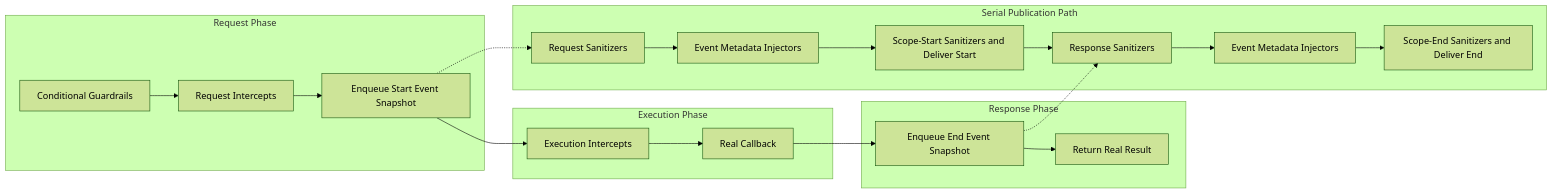
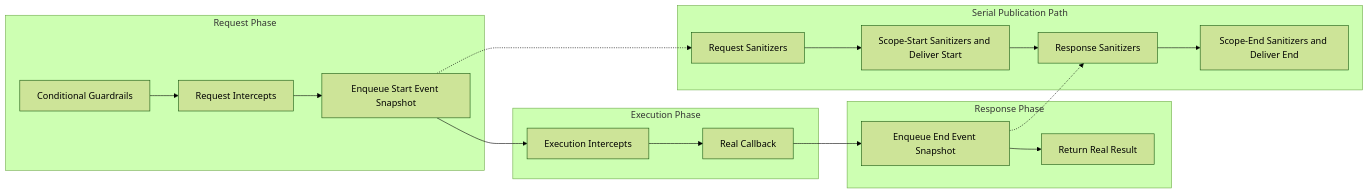
The first of 3 diagrams in docs/about-nemo-relay/concepts/middleware.mdx (NVIDIA/NeMo-Relay), drawn with Mermaid (forest theme) before and after one commit. The commit also changed other lines of this file, not shown here.

Commit message:
chore: move Event metadata documentation to follow-up

````diff
--- a/docs/about-nemo-relay/concepts/middleware.mdx
+++ b/docs/about-nemo-relay/concepts/middleware.mdx
@@ -312,38 +250,35 @@
 ```mermaid
 flowchart LR
     subgraph RequestPhase[Request Phase]
         Conditional[Conditional Guardrails]
         RequestIntercepts[Request Intercepts]
         QueueStart[Enqueue Start Event Snapshot]
         Conditional --> RequestIntercepts --> QueueStart
     end
 
     subgraph ExecutionPhase[Execution Phase]
         ExecutionIntercepts[Execution Intercepts]
         Callback[Real Callback]
         ExecutionIntercepts --> Callback
     end
 
     subgraph ResponsePhase[Response Phase]
         QueueEnd[Enqueue End Event Snapshot]
         Return[Return Real Result]
         QueueEnd --> Return
     end
 
     QueueStart --> ExecutionIntercepts
     Callback --> QueueEnd
 
     subgraph PublicationPath[Serial Publication Path]
         RequestSanitizers[Request Sanitizers]
-        StartInjection[Event Metadata Injectors]
         StartEvent[Scope-Start Sanitizers and Deliver Start]
         ResponseSanitizers[Response Sanitizers]
-        EndInjection[Event Metadata Injectors]
         EndEvent[Scope-End Sanitizers and Deliver End]
-        RequestSanitizers --> StartInjection --> StartEvent
-        StartEvent --> ResponseSanitizers --> EndInjection --> EndEvent
+        RequestSanitizers --> StartEvent --> ResponseSanitizers --> EndEvent
     end
 
     QueueStart -.-> RequestSanitizers
     QueueEnd -.-> ResponseSanitizers
 ```
````
